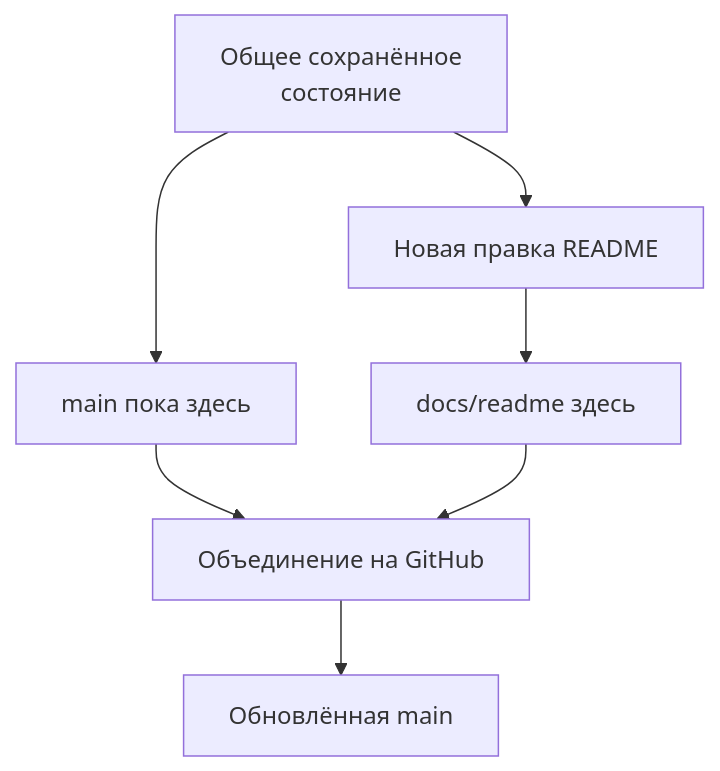
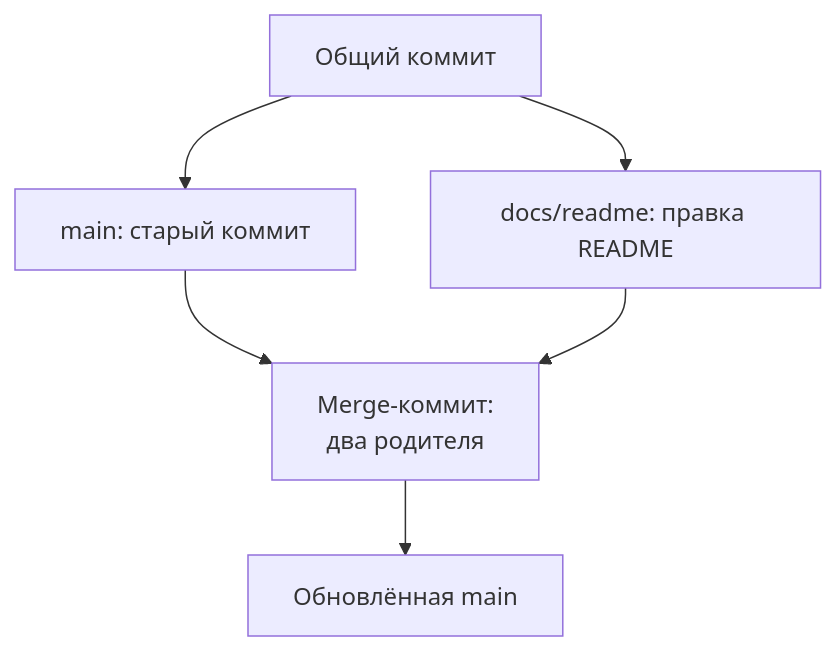
One commit to distinguished-sre/learning changed the third of 4 diagrams in load-tester/03-git/02-github.md. Above: the diagram before and after it, drawn with Mermaid. The commit also changed other lines of this file and 462 other files, not shown here.

````diff
--- a/load-tester/03-git/02-github.md
+++ b/load-tester/03-git/02-github.md
@@ -181,9 +195,8 @@
 ```mermaid
 flowchart TD
-    A["Общее сохранённое<br/>состояние"] --> M["main пока здесь"]
-    A --> B["Новая правка README"]
-    B --> F["docs/readme здесь"]
-    M --> J["Объединение на GitHub"]
-    F --> J
+    A["Общий коммит"] --> M1["main: старый коммит"]
+    A --> B["docs/readme: правка README"]
+    M1 --> J["Merge-коммит:<br/>два родителя"]
+    B --> J
     J --> N["Обновлённая main"]
 ```
````
